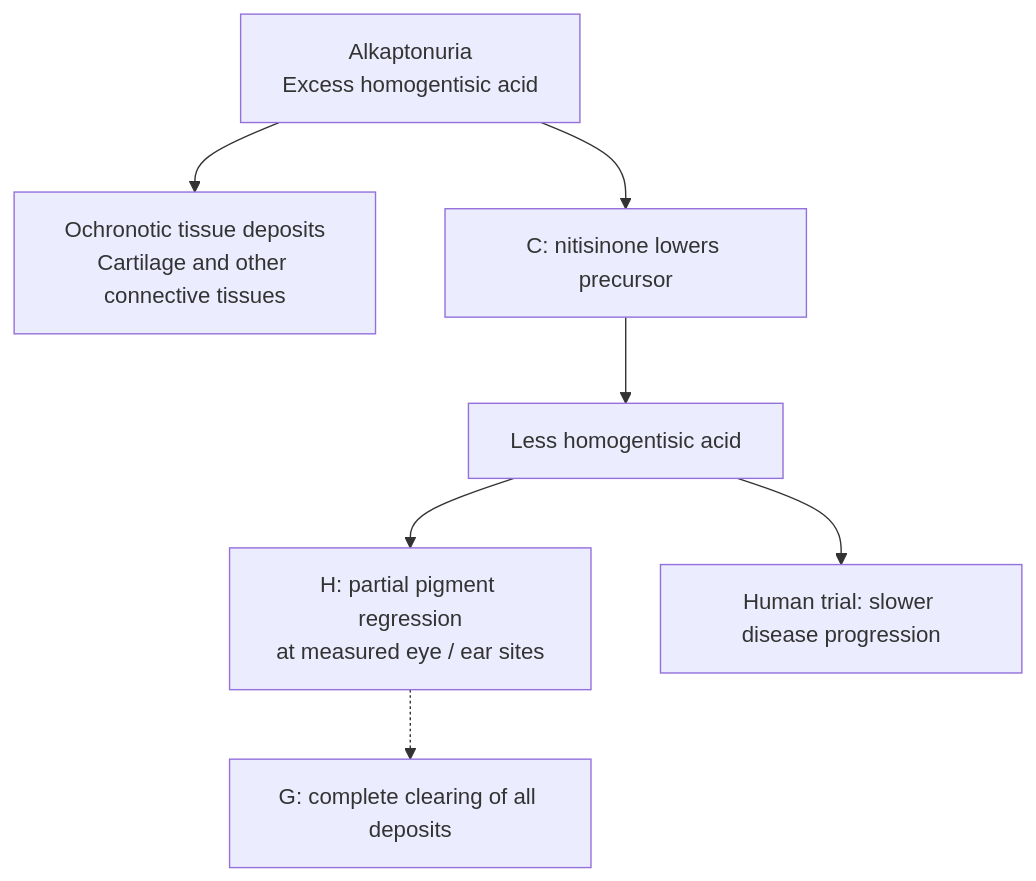
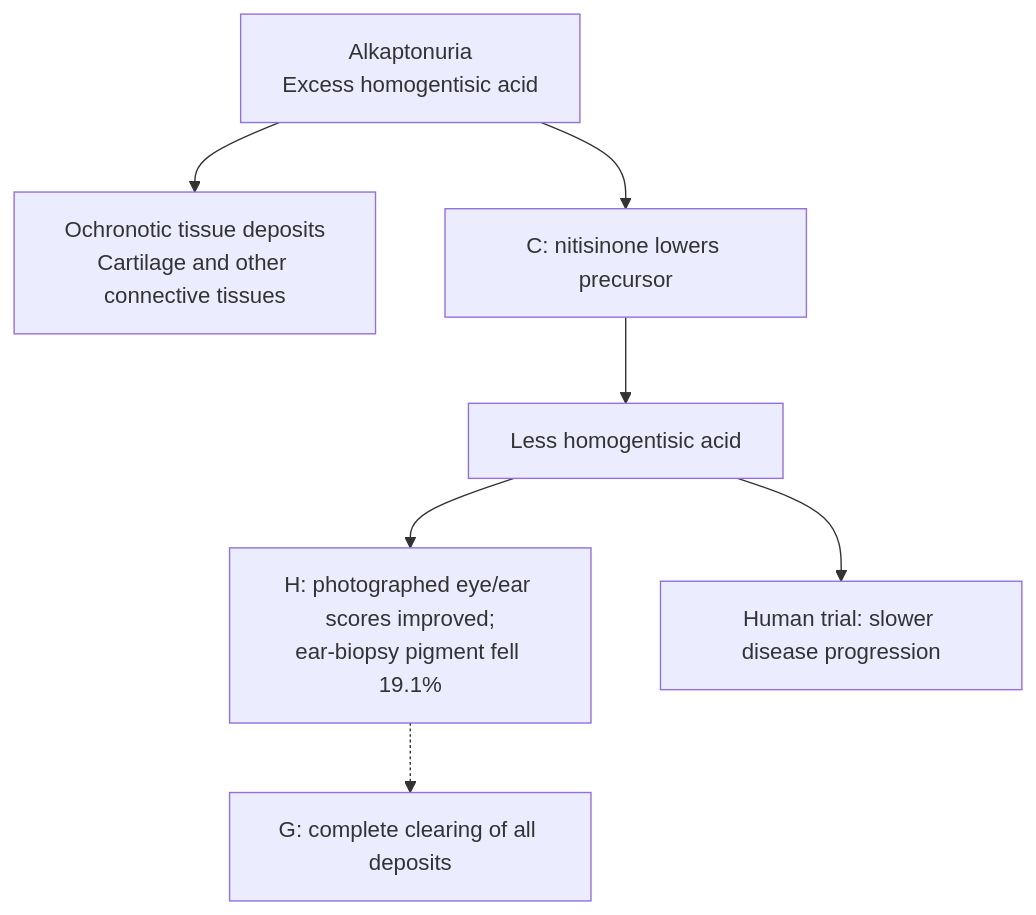
Diagram 29 of 41 in research/tissue-pigment-atlas.md (dylanstechmann/iris-color-without-contacts), drawn with Mermaid before and after one commit. The commit also changed other lines of this file, not shown here.

Commit message:
Quantify the alkaptonuria pigment-regression example

````diff
--- a/research/tissue-pigment-atlas.md
+++ b/research/tissue-pigment-atlas.md
@@ -813,9 +813,9 @@
 ```mermaid
 flowchart TD
     A["Alkaptonuria<br/>Excess homogentisic acid"] --> P["Ochronotic tissue deposits<br/>Cartilage and other connective tissues"]
     A --> N["C: nitisinone lowers precursor"]
     N --> H["Less homogentisic acid"]
-    H --> R["H: partial pigment regression<br/>at measured eye / ear sites"]
+    H --> R["H: photographed eye/ear scores improved;<br/>ear-biopsy pigment fell 19.1%"]
     R -.-> G["G: complete clearing of all deposits"]
     H --> D["Human trial: slower disease progression"]
 ```
````
